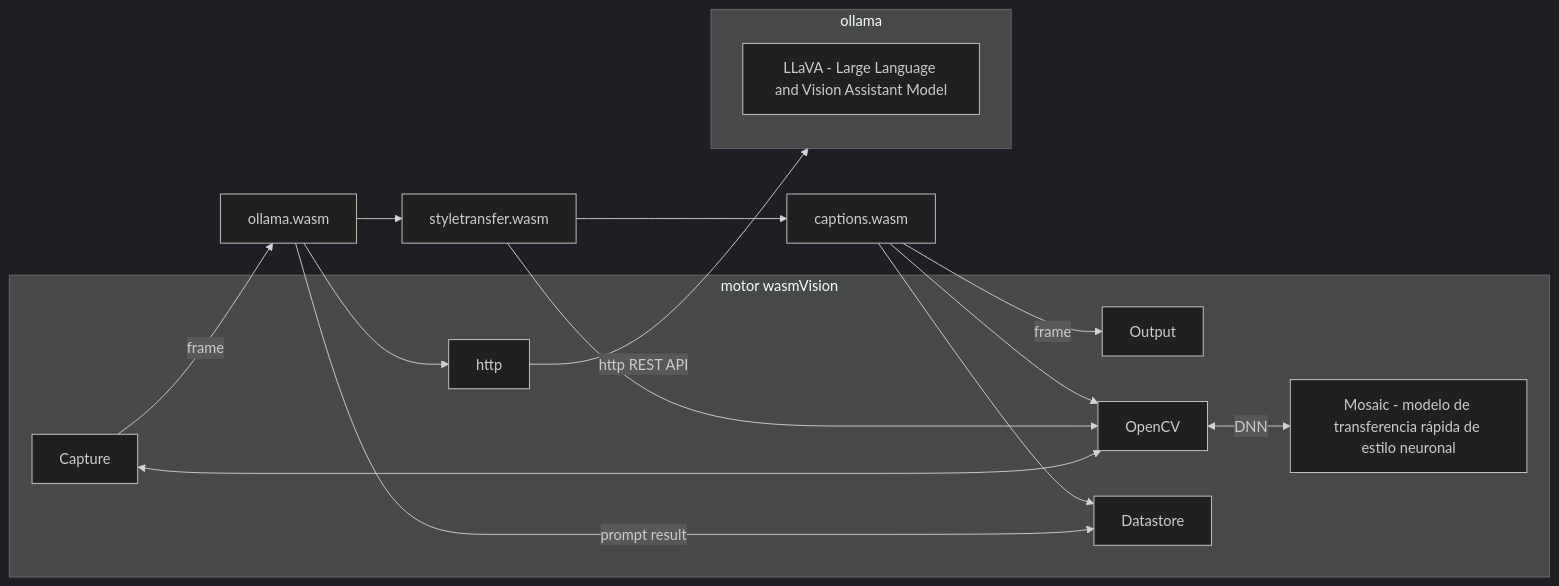
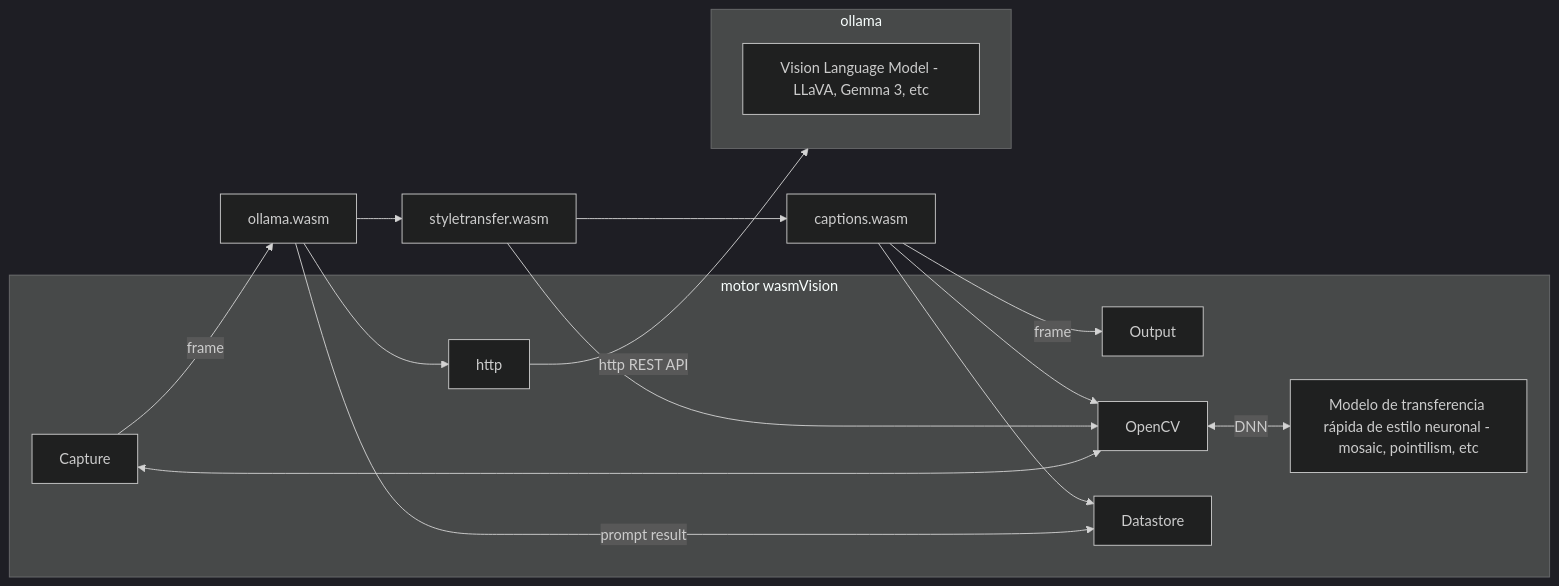
One commit to deadprogram/gomad2025 changed the fifth of 5 diagrams in diagrams/captions-highlevel.md. Above: the diagram before and after it, drawn with Mermaid (dark theme). The commit also changed other lines of this file and 5 other files, not shown here.

````diff
--- a/diagrams/captions-highlevel.md
+++ b/diagrams/captions-highlevel.md
@@ -59,31 +59,31 @@
 ```mermaid
 flowchart LR
 
 ollama.wasm-->styletransfer.wasm
 styletransfer.wasm-->captions.wasm
 captions.wasm--frame-->Output
 
 subgraph motor wasmVision
     Capture
     Capture<-->OpenCV
-    OpenCV<--DNN-->DNN[Mosaic - modelo de transferencia rápida de estilo neuronal]
+    OpenCV<--DNN-->DNN[Modelo de transferencia rápida de estilo neuronal - mosaic, pointilism, etc]
     http
     Datastore
     Output
 end
 subgraph ollama
-    llava[LLaVA - Large Language and Vision Assistant Model]
+    vlm[Vision Language Model - LLaVA, Gemma 3, etc]
 end
 
 Capture--frame-->ollama.wasm
 
 ollama.wasm-->http
 http--http REST API-->ollama
 ollama.wasm--prompt result-->Datastore
 
 styletransfer.wasm-->OpenCV
 
 captions.wasm-->Datastore
 captions.wasm-->OpenCV
 
 ```
````
